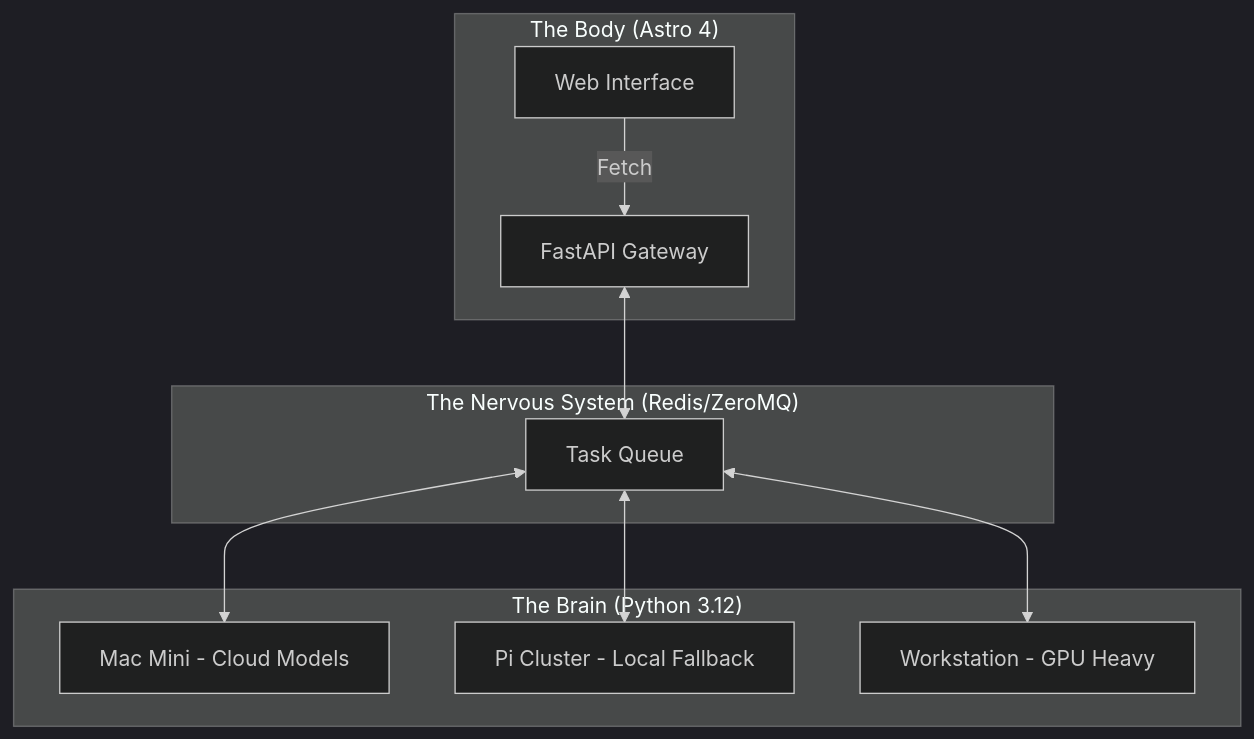
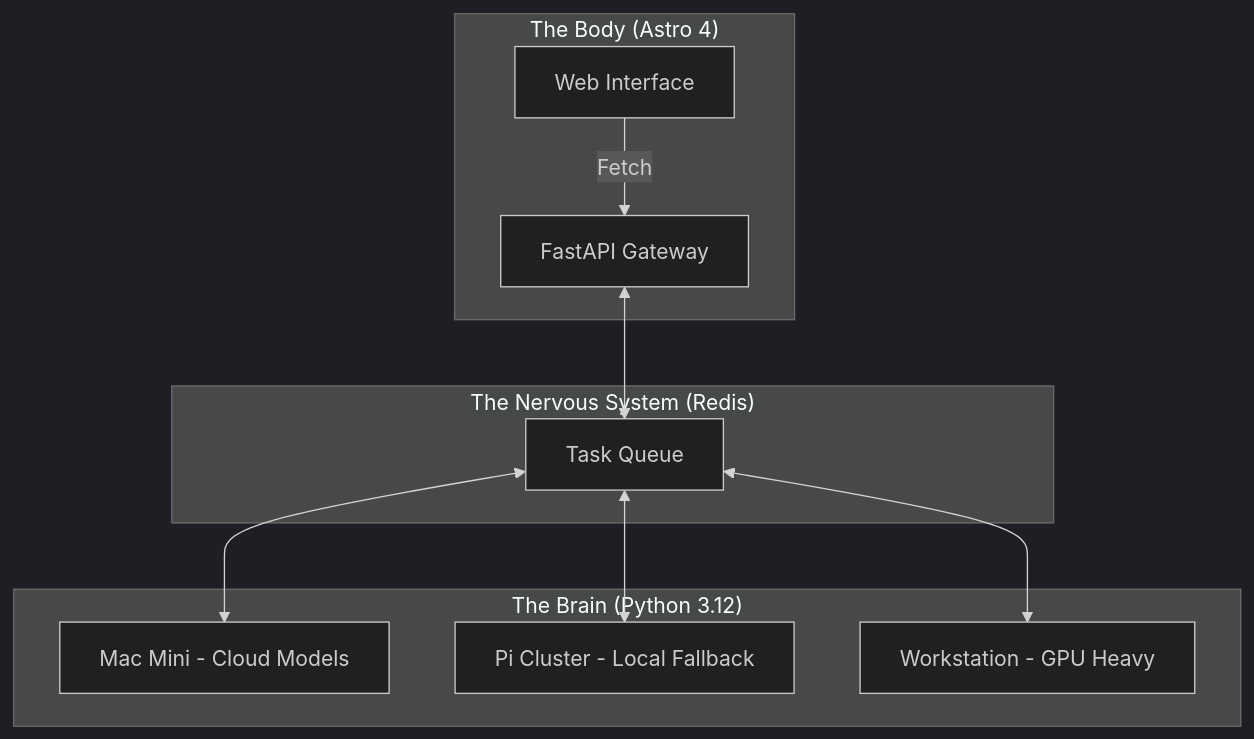
One commit to drajb/gekro changed the diagram in apps/web/src/content/blog/architecture-of-a-lab.md. Above: the diagram before and after it, drawn with Mermaid (dark theme). The commit also changed other lines of this file and 11 other files, not shown here.

````diff
--- a/apps/web/src/content/blog/architecture-of-a-lab.md
+++ b/apps/web/src/content/blog/architecture-of-a-lab.md
@@ -21,14 +21,14 @@
 ```mermaid
 graph TD
     subgraph "The Body (Astro 4)"
         UI[Web Interface] -->|Fetch| API[FastAPI Gateway]
     end
-    subgraph "The Nervous System (Redis/ZeroMQ)"
+    subgraph "The Nervous System (Redis)"
         API <--> QUEUE[Task Queue]
     end
     subgraph "The Brain (Python 3.12)"
         QUEUE <--> P1[Mac Mini - Cloud Models]
         QUEUE <--> P2[Pi Cluster - Local Fallback]
         QUEUE <--> P3[Workstation - GPU Heavy]
     end
 ```
````
